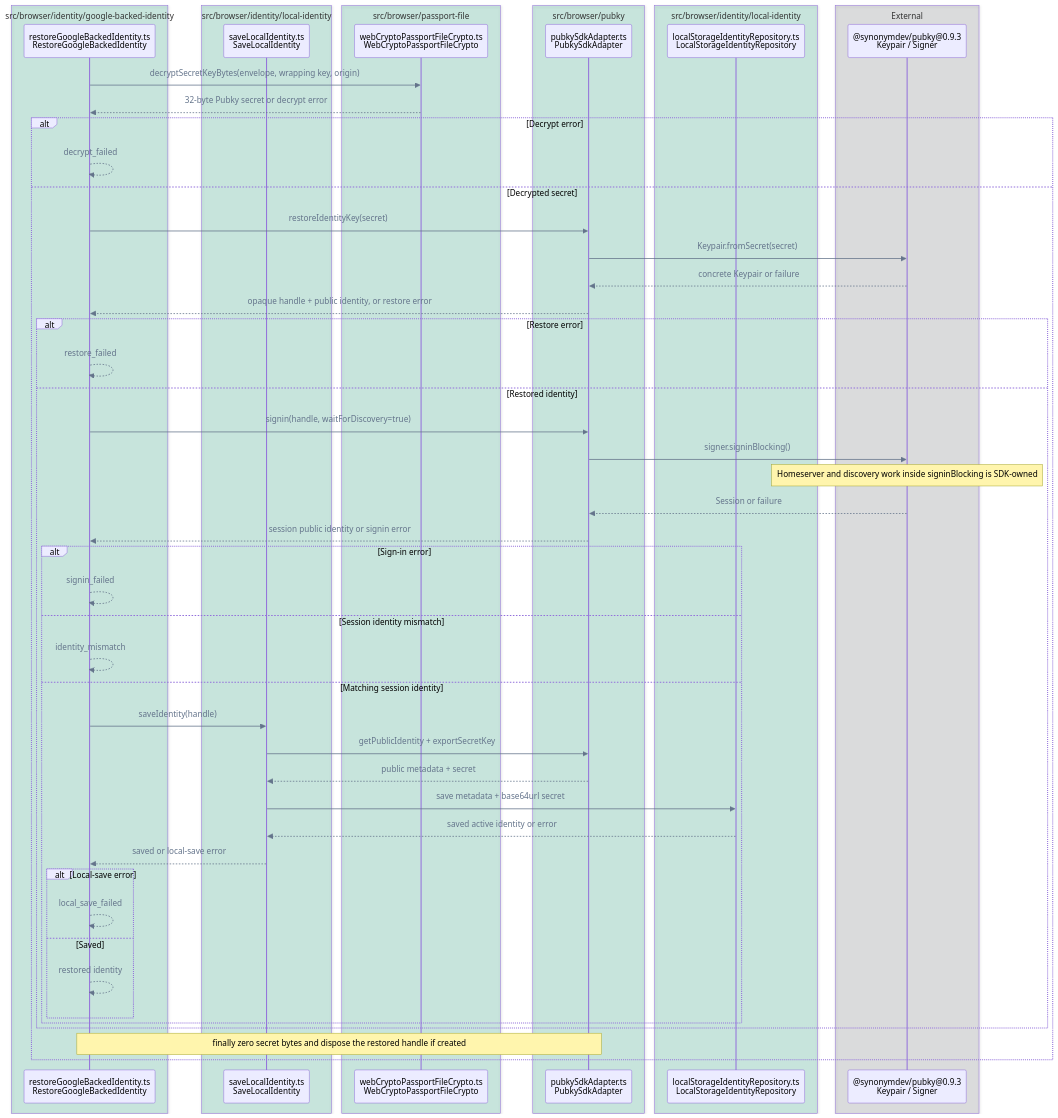
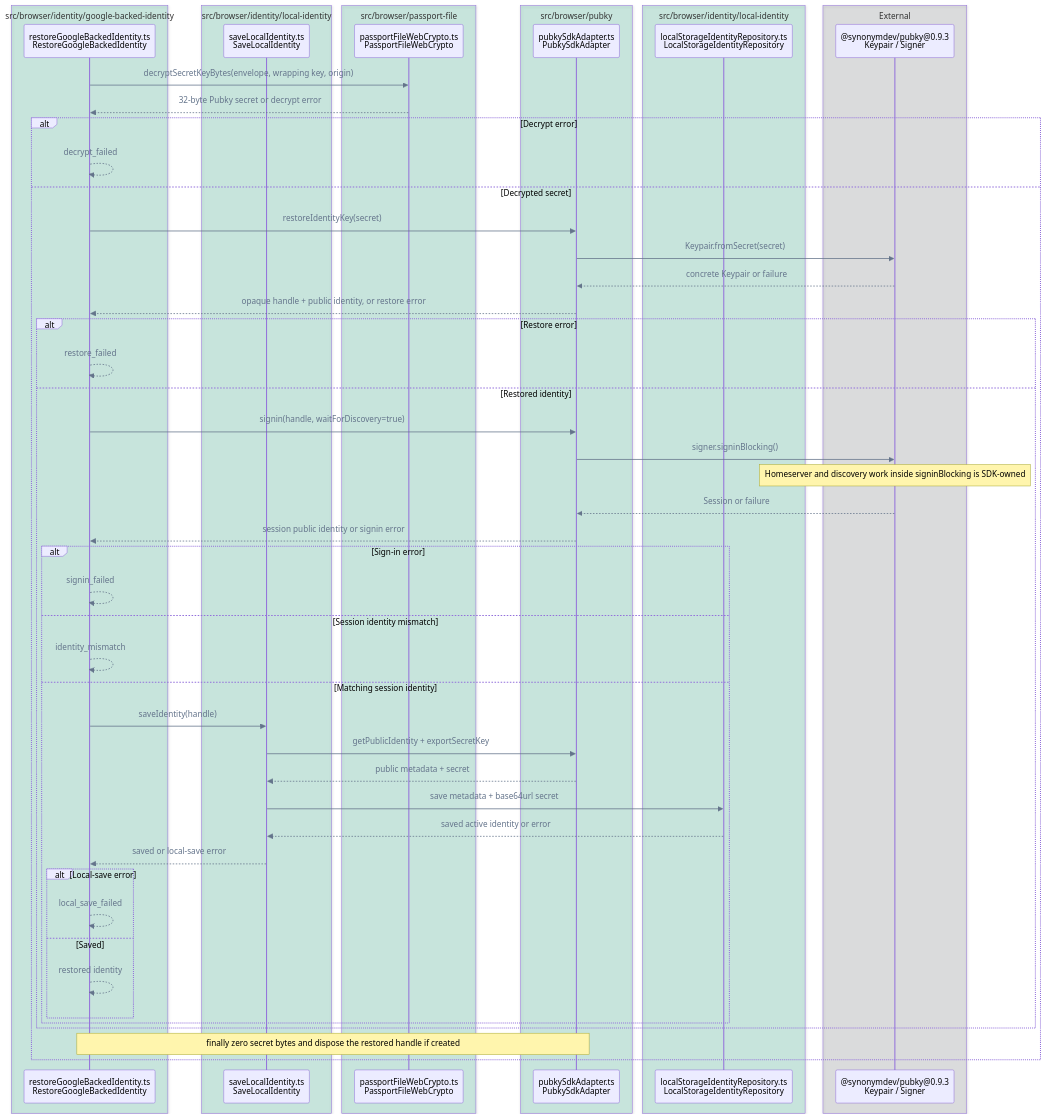
One commit to pubky/pubky-passport changed the ninth of 14 diagrams in FLOWS.md. Above: the diagram before and after it, drawn with Mermaid. The commit also changed other lines of this file and 59 other files, not shown here.

````diff
--- a/FLOWS.md
+++ b/FLOWS.md
@@ -456,62 +456,62 @@
 ```mermaid
 %%{init: {"themeVariables": {"signalColor": "#64748B", "signalTextColor": "#64748B"}}}%%
 sequenceDiagram
     accTitle: Existing identity restore call flow
     accDescr: Browser crypto decrypts the Passport file envelope, PubkySdkAdapter signs in with the restored key, and only a matching activated Pubky identity is saved locally; failures stop before later stages and cleanup runs after decryption succeeds.
     box rgba(0, 158, 115, 0.18) src/browser/identity/google-backed-identity
         participant Restore as restoreGoogleBackedIdentity.ts<br/>RestoreGoogleBackedIdentity
     end
     box rgba(0, 158, 115, 0.18) src/browser/identity/local-identity
         participant Local as saveLocalIdentity.ts<br/>SaveLocalIdentity
     end
     box rgba(0, 158, 115, 0.18) src/browser/passport-file
-        participant Crypto as webCryptoPassportFileCrypto.ts<br/>WebCryptoPassportFileCrypto
+        participant Crypto as passportFileWebCrypto.ts<br/>PassportFileWebCrypto
     end
     box rgba(0, 158, 115, 0.18) src/browser/pubky
         participant Pubky as pubkySdkAdapter.ts<br/>PubkySdkAdapter
     end
     box rgba(0, 158, 115, 0.18) src/browser/identity/local-identity
         participant Repo as localStorageIdentityRepository.ts<br/>LocalStorageIdentityRepository
     end
     box rgba(17, 24, 39, 0.12) External
         participant SDK as @synonymdev/pubky@0.9.3<br/>Keypair / Signer
     end
 
     Restore->>Crypto: decryptSecretKeyBytes(envelope, wrapping key, origin)
     Crypto-->>Restore: 32-byte Pubky secret or decrypt error
     alt Decrypt error
         Restore-->>Restore: decrypt_failed
     else Decrypted secret
         Restore->>Pubky: restoreIdentityKey(secret)
         Pubky->>SDK: Keypair.fromSecret(secret)
         SDK-->>Pubky: concrete Keypair or failure
         Pubky-->>Restore: opaque handle + public identity, or restore error
         alt Restore error
             Restore-->>Restore: restore_failed
         else Restored identity
             Restore->>Pubky: signin(handle, waitForDiscovery=true)
             Pubky->>SDK: signer.signinBlocking()
             Note over SDK: Homeserver and discovery work inside signinBlocking is SDK-owned
             SDK-->>Pubky: Session or failure
             Pubky-->>Restore: session public identity or signin error
             alt Sign-in error
                 Restore-->>Restore: signin_failed
             else Session identity mismatch
                 Restore-->>Restore: identity_mismatch
             else Matching session identity
                 Restore->>Local: saveIdentity(handle)
                 Local->>Pubky: getPublicIdentity + exportSecretKey
                 Pubky-->>Local: public metadata + secret
                 Local->>Repo: save metadata + base64url secret
                 Repo-->>Local: saved active identity or error
                 Local-->>Restore: saved or local-save error
                 alt Local-save error
                     Restore-->>Restore: local_save_failed
                 else Saved
                     Restore-->>Restore: restored identity
                 end
             end
         end
         Note over Restore,Pubky: finally zero secret bytes and dispose the restored handle if created
     end
 ```
````
